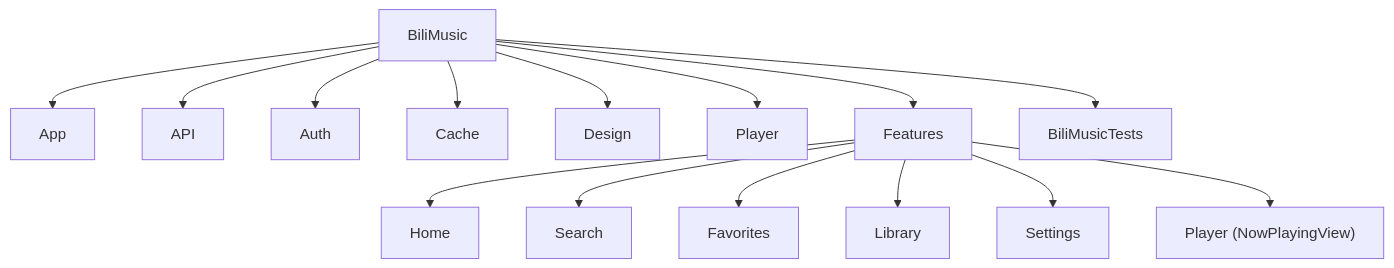
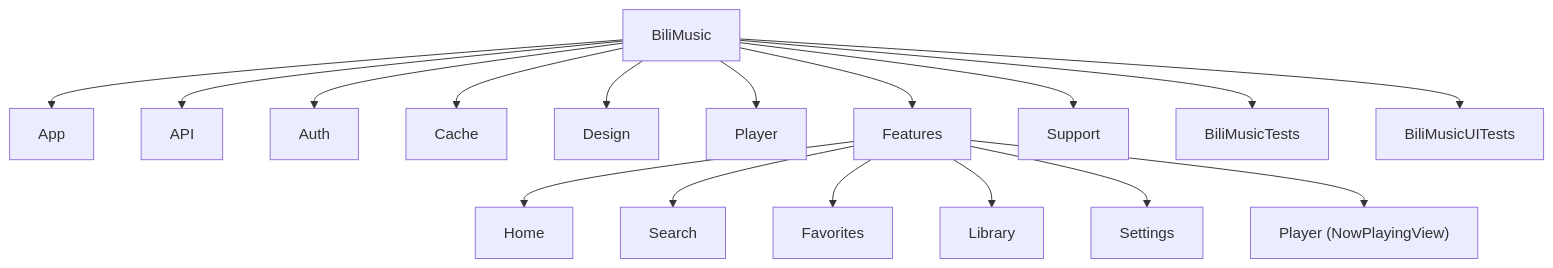
One commit to YOUYUDAWANG/bili-music changed the diagram in CLAUDE.md. Above: the diagram before and after it, drawn with Mermaid. The commit also changed other lines of this file and 59 other files, not shown here.

````diff
--- a/CLAUDE.md
+++ b/CLAUDE.md
@@ -7,30 +7,32 @@
 ```mermaid
 graph TD
     A["BiliMusic"] --> B["App"];
     A --> C["API"];
     A --> D["Auth"];
     A --> E["Cache"];
     A --> F["Design"];
     A --> G["Player"];
     A --> H["Features"];
     H --> I["Home"];
     H --> J["Search"];
     H --> K["Favorites"];
     H --> L["Library"];
     H --> M["Settings"];
     H --> N["Player (NowPlayingView)"];
+    A --> P["Support"];
     A --> O["BiliMusicTests"];
+    A --> Q["BiliMusicUITests"];
 
     click B "./BiliMusic/App/CLAUDE.md" "App"
     click C "./BiliMusic/API/CLAUDE.md" "API"
     click D "./BiliMusic/Auth/CLAUDE.md" "Auth"
     click E "./BiliMusic/Cache/CLAUDE.md" "Cache"
     click F "./BiliMusic/Design/CLAUDE.md" "Design"
     click G "./BiliMusic/Player/CLAUDE.md" "Player"
     click I "./BiliMusic/Features/Home/CLAUDE.md" "Home"
     click J "./BiliMusic/Features/Search/CLAUDE.md" "Search"
     click K "./BiliMusic/Features/Favorites/CLAUDE.md" "Favorites"
     click L "./BiliMusic/Features/Library/CLAUDE.md" "Library"
     click M "./BiliMusic/Features/Settings/CLAUDE.md" "Settings"
     click N "./BiliMusic/Features/Player/CLAUDE.md" "NowPlaying"
 ```
````
